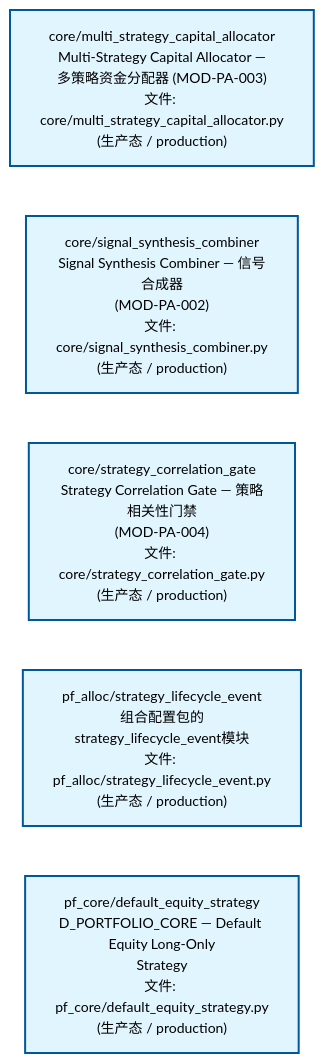
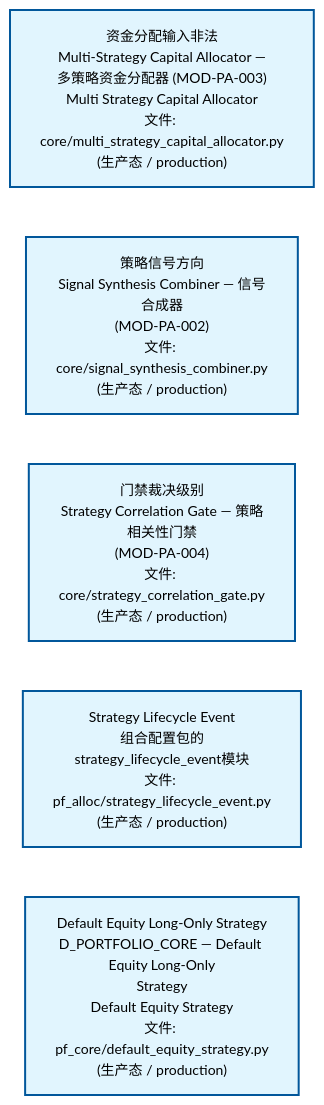
The second of 4 diagrams in docs/02_enterprise_architecture/02_domain_architecture_docs/62_d_pf_alloc.md (xuanFelixVan/ZephyrAlpha), drawn with Mermaid before and after one commit. The commit also changed other lines of this file and 58 other files, not shown here.

````diff
--- a/docs/02_enterprise_architecture/02_domain_architecture_docs/62_d_pf_alloc.md
+++ b/docs/02_enterprise_architecture/02_domain_architecture_docs/62_d_pf_alloc.md
@@ -96,18 +96,18 @@
 ```mermaid
 %%{init: {'theme': 'base', 'themeVariables': {'primaryColor': '#eaeaea', 'primaryTextColor': '#333333', 'primaryBorderColor': '#666666', 'lineColor': '#666666', 'secondaryColor': '#eaeaea', 'tertiaryColor': '#eaeaea', 'fontSize': '14px'}}}%%
 flowchart TD
-    src_zephyr_pf_alloc_core_multi_strategy_capital_allocator_py["core/multi_strategy_capital_allocator<br/>Multi-Strategy Capital Allocator —<br/>多策略资金分配器 (MOD-PA-003)<br/>文件: core/multi_strategy_capital_allocator.py<br/>(生产态 / production)"]
-    src_zephyr_pf_alloc_core_signal_synthesis_combiner_py["core/signal_synthesis_combiner<br/>Signal Synthesis Combiner — 信号合成器<br/>(MOD-PA-002)<br/>文件: core/signal_synthesis_combiner.py<br/>(生产态 / production)"]
-    src_zephyr_pf_alloc_core_strategy_correlation_gate_py["core/strategy_correlation_gate<br/>Strategy Correlation Gate — 策略相关性门禁<br/>(MOD-PA-004)<br/>文件: core/strategy_correlation_gate.py<br/>(生产态 / production)"]
-    src_zephyr_pf_alloc_strategy_lifecycle_event_py["pf_alloc/strategy_lifecycle_event<br/>组合配置包的strategy_lifecycle_event模块<br/>文件: pf_alloc/strategy_lifecycle_event.py<br/>(生产态 / production)"]
-    src_zephyr_pf_core_default_equity_strategy_py["pf_core/default_equity_strategy<br/>D_PORTFOLIO_CORE — Default Equity Long-Only<br/>Strategy<br/>文件: pf_core/default_equity_strategy.py<br/>(生产态 / production)"]
+    src_zephyr_pf_alloc_core_multi_strategy_capital_allocator_py["资金分配输入非法<br/>Multi-Strategy Capital Allocator —<br/>多策略资金分配器 (MOD-PA-003)<br/>Multi Strategy Capital Allocator<br/>文件: core/multi_strategy_capital_allocator.py<br/>(生产态 / production)"]
+    src_zephyr_pf_alloc_core_signal_synthesis_combiner_py["策略信号方向<br/>Signal Synthesis Combiner — 信号合成器<br/>(MOD-PA-002)<br/>文件: core/signal_synthesis_combiner.py<br/>(生产态 / production)"]
+    src_zephyr_pf_alloc_core_strategy_correlation_gate_py["门禁裁决级别<br/>Strategy Correlation Gate — 策略相关性门禁<br/>(MOD-PA-004)<br/>文件: core/strategy_correlation_gate.py<br/>(生产态 / production)"]
+    src_zephyr_pf_alloc_strategy_lifecycle_event_py["Strategy Lifecycle Event<br/>组合配置包的strategy_lifecycle_event模块<br/>文件: pf_alloc/strategy_lifecycle_event.py<br/>(生产态 / production)"]
+    src_zephyr_pf_core_default_equity_strategy_py["Default Equity Long-Only Strategy<br/>D_PORTFOLIO_CORE — Default Equity Long-Only<br/>Strategy<br/>Default Equity Strategy<br/>文件: pf_core/default_equity_strategy.py<br/>(生产态 / production)"]
     src_zephyr_pf_alloc_core_multi_strategy_capital_allocator_py ~~~ src_zephyr_pf_alloc_core_signal_synthesis_combiner_py
     src_zephyr_pf_alloc_core_signal_synthesis_combiner_py ~~~ src_zephyr_pf_alloc_core_strategy_correlation_gate_py
     src_zephyr_pf_alloc_core_strategy_correlation_gate_py ~~~ src_zephyr_pf_alloc_strategy_lifecycle_event_py
     src_zephyr_pf_alloc_strategy_lifecycle_event_py ~~~ src_zephyr_pf_core_default_equity_strategy_py
     classDef production fill:#e1f5fe,stroke:#01579b,stroke-width:2px,color:#000
     classDef design fill:#fff3e0,stroke:#e65100,stroke-width:2px,color:#000,stroke-dasharray: 5 5
     classDef external_prod fill:#e8f4fd,stroke:#0277bd,stroke-width:1px,color:#000
     classDef external_design fill:#fff8e7,stroke:#ef6c00,stroke-width:1px,color:#000,stroke-dasharray: 5 5
     class src_zephyr_pf_alloc_core_multi_strategy_capital_allocator_py,src_zephyr_pf_alloc_core_signal_synthesis_combiner_py,src_zephyr_pf_alloc_core_strategy_correlation_gate_py,src_zephyr_pf_alloc_strategy_lifecycle_event_py,src_zephyr_pf_core_default_equity_strategy_py production
 ```
````
